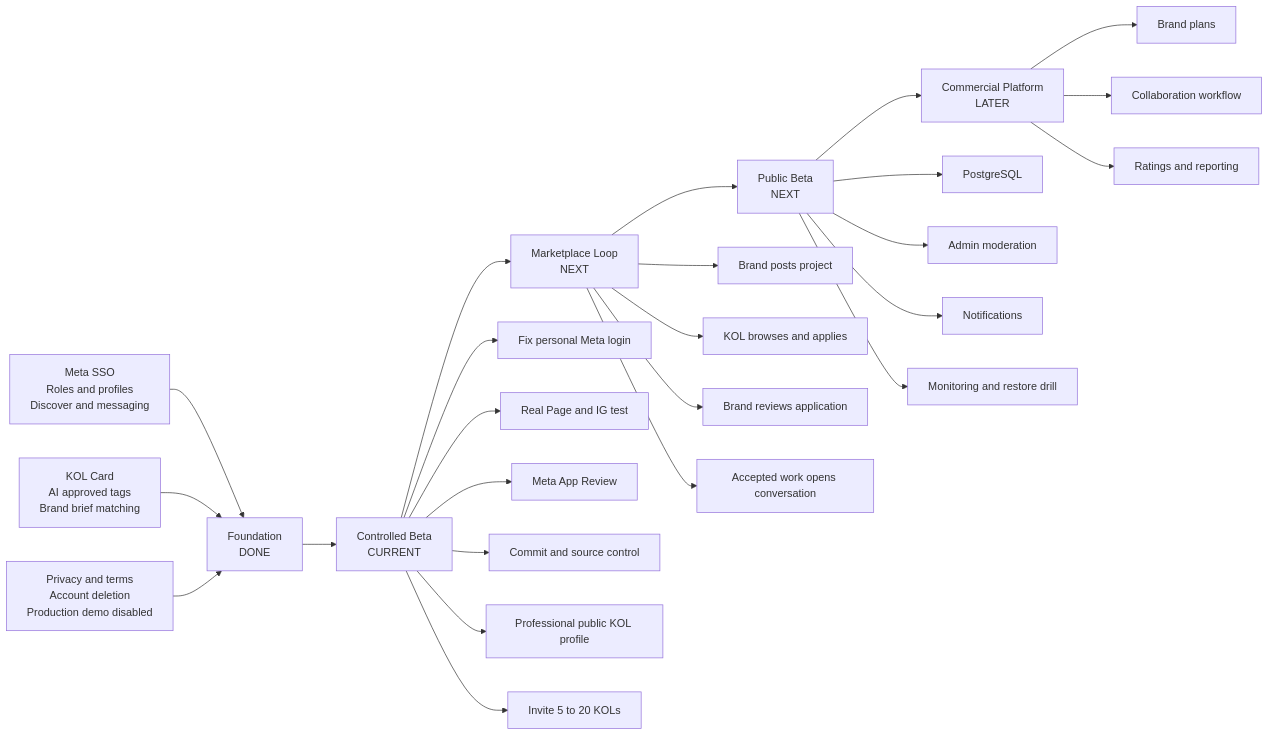
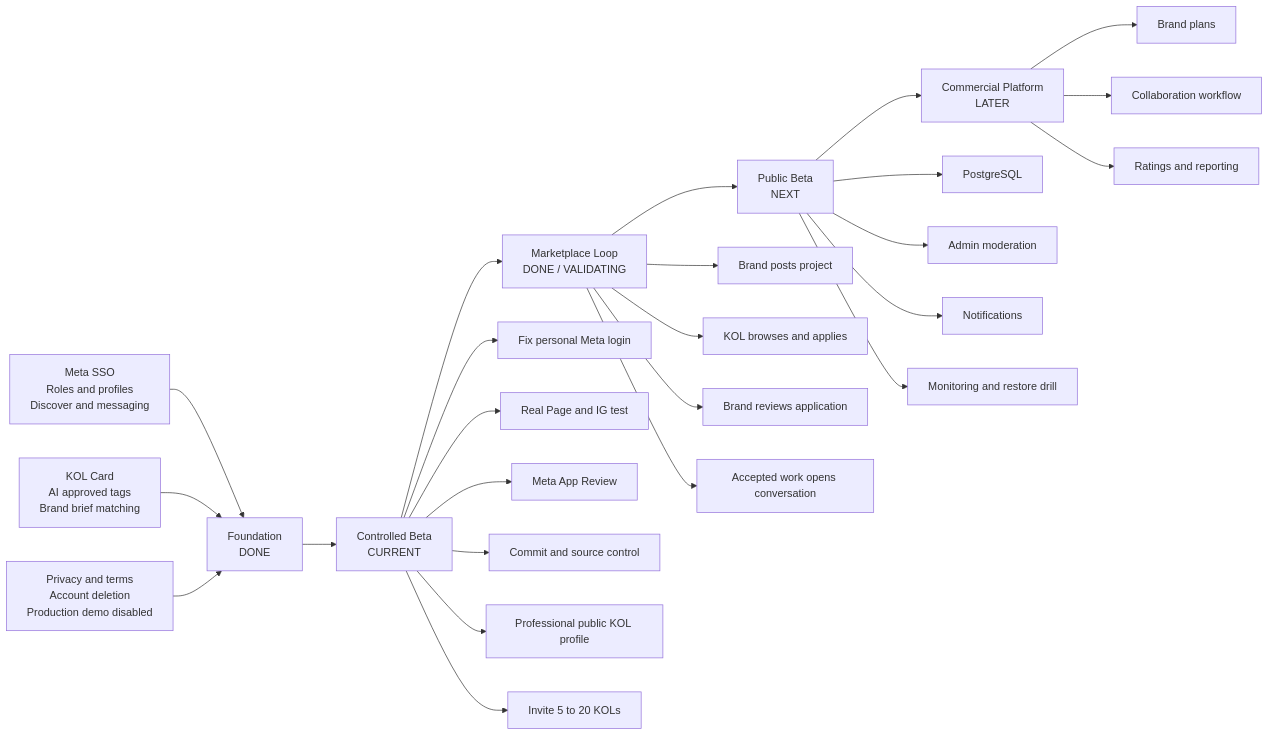
One commit to KarlTedku/KOLD changed the first of 3 diagrams in docs/PRODUCT_ROADMAP.md. Above: the diagram before and after it, drawn with Mermaid. The commit also changed other lines of this file and 7 other files, not shown here.

Commit message:
Document engineering roadmap and contribution policy

````diff
--- a/docs/PRODUCT_ROADMAP.md
+++ b/docs/PRODUCT_ROADMAP.md
@@ -21,32 +23,32 @@
 ```mermaid
 flowchart LR
     A[Foundation<br/>DONE] --> B[Controlled Beta<br/>CURRENT]
-    B --> C[Marketplace Loop<br/>NEXT]
+    B --> C[Marketplace Loop<br/>DONE / VALIDATING]
     C --> D[Public Beta<br/>NEXT]
     D --> E[Commercial Platform<br/>LATER]
 
     A1[Meta SSO<br/>Roles and profiles<br/>Discover and messaging] --> A
     A2[KOL Card<br/>AI approved tags<br/>Brand brief matching] --> A
     A3[Privacy and terms<br/>Account deletion<br/>Production demo disabled] --> A
 
     B --> B1[Fix personal Meta login]
     B --> B2[Real Page and IG test]
     B --> B3[Meta App Review]
     B --> B4[Commit and source control]
     B --> B5[Professional public KOL profile]
     B --> B6[Invite 5 to 20 KOLs]
 
     C --> C1[Brand posts project]
     C --> C2[KOL browses and applies]
     C --> C3[Brand reviews application]
     C --> C4[Accepted work opens conversation]
 
     D --> D1[PostgreSQL]
     D --> D2[Admin moderation]
     D --> D3[Notifications]
     D --> D4[Monitoring and restore drill]
 
     E --> E1[Brand plans]
     E --> E2[Collaboration workflow]
     E --> E3[Ratings and reporting]
 ```
````
